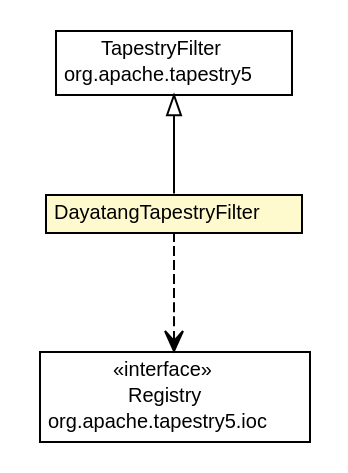
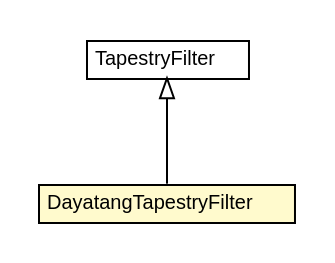
One commit to dayatang/dddlib changed the diagram in dddlib-ioc/dddlib-ioc-tapestry/apidocs/org/dayatang/ioc/tapestry/webapp/filter/DayatangTapestryFilter.dot. Above: the diagram before and after it, drawn with Graphviz. The commit also changed 101 other files, not shown here.

```diff
--- a/dddlib-ioc/dddlib-ioc-tapestry/apidocs/org/dayatang/ioc/tapestry/webapp/filter/DayatangTapestryFilter.dot
+++ b/dddlib-ioc/dddlib-ioc-tapestry/apidocs/org/dayatang/ioc/tapestry/webapp/filter/DayatangTapestryFilter.dot
@@ -1,37 +1,26 @@
 #!/usr/local/bin/dot
 #
 # Class diagram 
 # Generated by UMLGraph version R5_6_6-8-g8d7759 (http://www.umlgraph.org/)
 #
 
 digraph G {
 	edge [fontname="Helvetica",fontsize=10,labelfontname="Helvetica",labelfontsize=10];
 	node [fontname="Helvetica",fontsize=10,shape=plaintext];
 	nodesep=0.25;
 	ranksep=0.5;
 	// org.dayatang.ioc.tapestry.webapp.filter.DayatangTapestryFilter
-	c16 [label=<<table title="org.dayatang.ioc.tapestry.webapp.filter.DayatangTapestryFilter" border="0" cellborder="1" cellspacing="0" cellpadding="2" port="p" bgcolor="lemonChiffon" href="./DayatangTapestryFilter.html">
+	c13 [label=<<table title="org.dayatang.ioc.tapestry.webapp.filter.DayatangTapestryFilter" border="0" cellborder="1" cellspacing="0" cellpadding="2" port="p" bgcolor="lemonChiffon" href="./DayatangTapestryFilter.html">
 		<tr><td><table border="0" cellspacing="0" cellpadding="1">
 <tr><td align="center" balign="center"> DayatangTapestryFilter </td></tr>
 		</table></td></tr>
 		</table>>, URL="./DayatangTapestryFilter.html", fontname="Helvetica", fontcolor="black", fontsize=10.0];
 	//org.dayatang.ioc.tapestry.webapp.filter.DayatangTapestryFilter extends org.apache.tapestry5.TapestryFilter
-	c26:p -> c16:p [dir=back,arrowtail=empty];
-	// org.dayatang.ioc.tapestry.webapp.filter.DayatangTapestryFilter DEPEND org.apache.tapestry5.ioc.Registry
-	c16:p -> c28:p [taillabel="", label=" "headlabel="", fontname="Helvetica", fontcolor="black", fontsize=10.0, color="black", arrowhead=open, style=dashed];
-	// org.apache.tapestry5.ioc.Registry
-	c28 [label=<<table title="org.apache.tapestry5.ioc.Registry" border="0" cellborder="1" cellspacing="0" cellpadding="2" port="p" href="http://java.sun.com/j2se/1.4.2/docs/api/org/apache/tapestry5/ioc/Registry.html">
-		<tr><td><table border="0" cellspacing="0" cellpadding="1">
-<tr><td align="center" balign="center"> &#171;interface&#187; </td></tr>
-<tr><td align="center" balign="center"> Registry </td></tr>
-<tr><td align="center" balign="center"> org.apache.tapestry5.ioc </td></tr>
-		</table></td></tr>
-		</table>>, URL="http://java.sun.com/j2se/1.4.2/docs/api/org/apache/tapestry5/ioc/Registry.html", fontname="Helvetica", fontcolor="black", fontsize=10.0];
+	c15:p -> c13:p [dir=back,arrowtail=empty];
 	// org.apache.tapestry5.TapestryFilter
-	c26 [label=<<table title="org.apache.tapestry5.TapestryFilter" border="0" cellborder="1" cellspacing="0" cellpadding="2" port="p" href="http://java.sun.com/j2se/1.4.2/docs/api/org/apache/tapestry5/TapestryFilter.html">
+	c15 [label=<<table title="org.apache.tapestry5.TapestryFilter" border="0" cellborder="1" cellspacing="0" cellpadding="2" port="p">
 		<tr><td><table border="0" cellspacing="0" cellpadding="1">
 <tr><td align="center" balign="center"> TapestryFilter </td></tr>
-<tr><td align="center" balign="center"> org.apache.tapestry5 </td></tr>
 		</table></td></tr>
-		</table>>, URL="http://java.sun.com/j2se/1.4.2/docs/api/org/apache/tapestry5/TapestryFilter.html", fontname="Helvetica", fontcolor="black", fontsize=10.0];
+		</table>>, URL="null", fontname="Helvetica", fontcolor="black", fontsize=10.0];
 }
```
